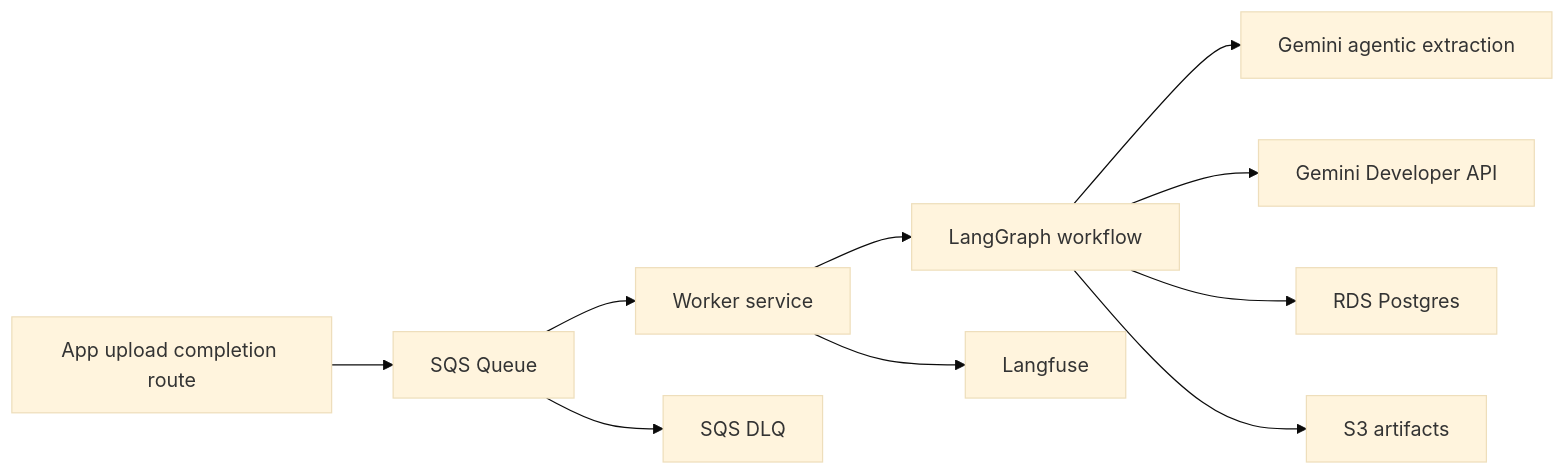
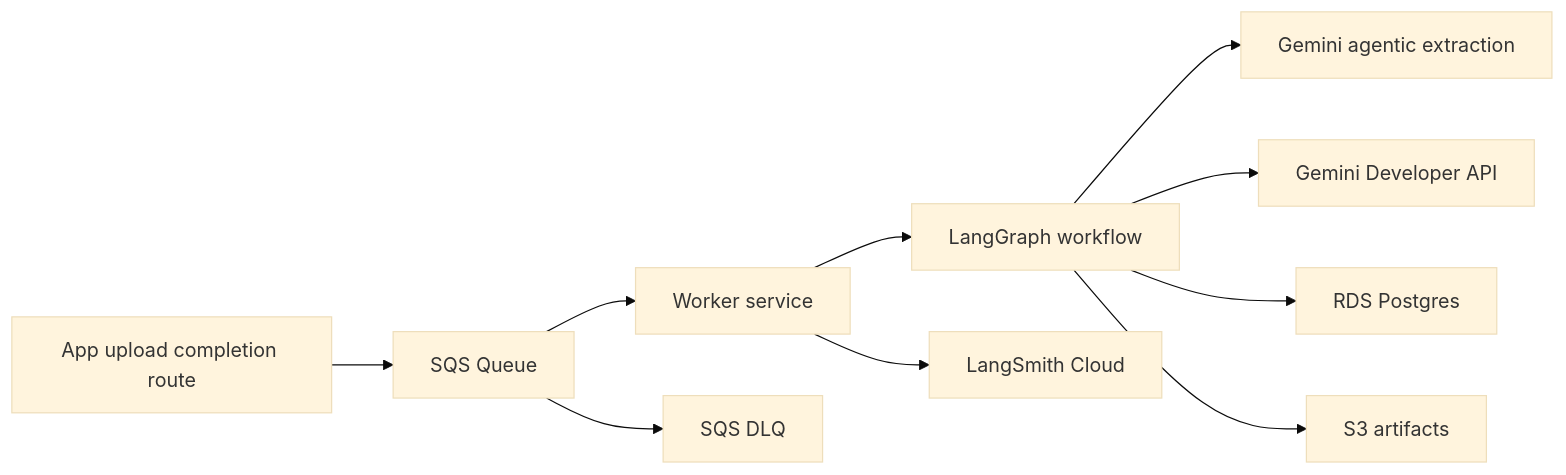
The diagram in docs/plans/ASYNC_WORKER_PLAN.md (joseph-grospe/taxgenie-hackathon), drawn with Mermaid (base theme) before and after one commit. The commit also changed 9 other files, not shown here.

Commit message:
docs: update extraction architecture docs

````diff
--- a/docs/plans/ASYNC_WORKER_PLAN.md
+++ b/docs/plans/ASYNC_WORKER_PLAN.md
@@ -14,12 +14,12 @@
 ```mermaid
 flowchart LR
     APP[App upload completion route] --> Q[SQS Queue]
     Q --> WKR[Worker service]
     WKR --> LG[LangGraph workflow]
     LG --> MD[Gemini agentic extraction]
     LG --> AO[Gemini Developer API]
     LG --> DB[RDS Postgres]
     LG --> S3[S3 artifacts]
-    WKR --> LF[Langfuse]
+    WKR --> LS[LangSmith Cloud]
     Q --> DLQ[SQS DLQ]
 ```
````
